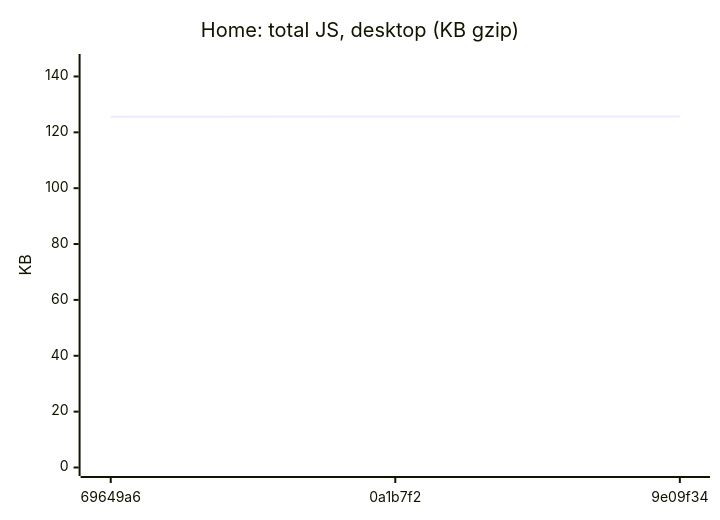
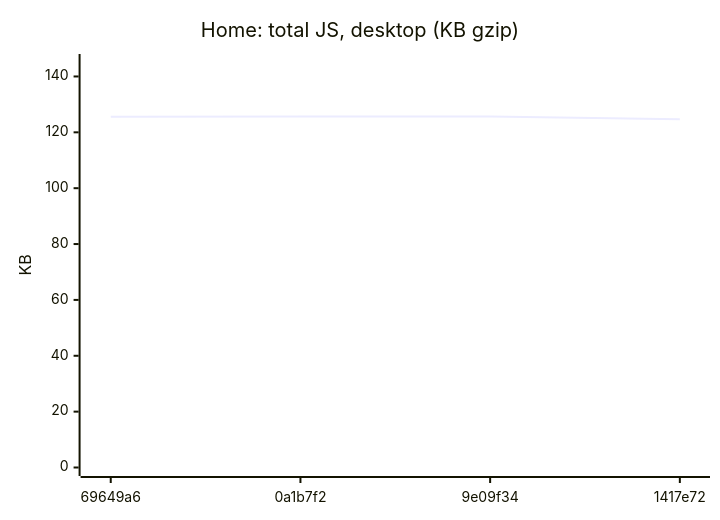
The first of 18 diagrams in README.md (AxelUser/maltsev.space), drawn with Mermaid before and after one commit. The commit also changed other lines of this file and 1 other file, not shown here.

````diff
--- a/README.md
+++ b/README.md
@@ -35,7 +35,7 @@
 ```mermaid
 xychart-beta
   title "Home: total JS, desktop (KB gzip)"
-  x-axis ["69649a6", "0a1b7f2", "9e09f34"]
+  x-axis ["69649a6", "0a1b7f2", "9e09f34", "1417e72"]
   y-axis "KB" 0 --> 145
-  line [125.6, 125.7, 125.7]
+  line [125.6, 125.7, 125.7, 124.7]
 ```
````
